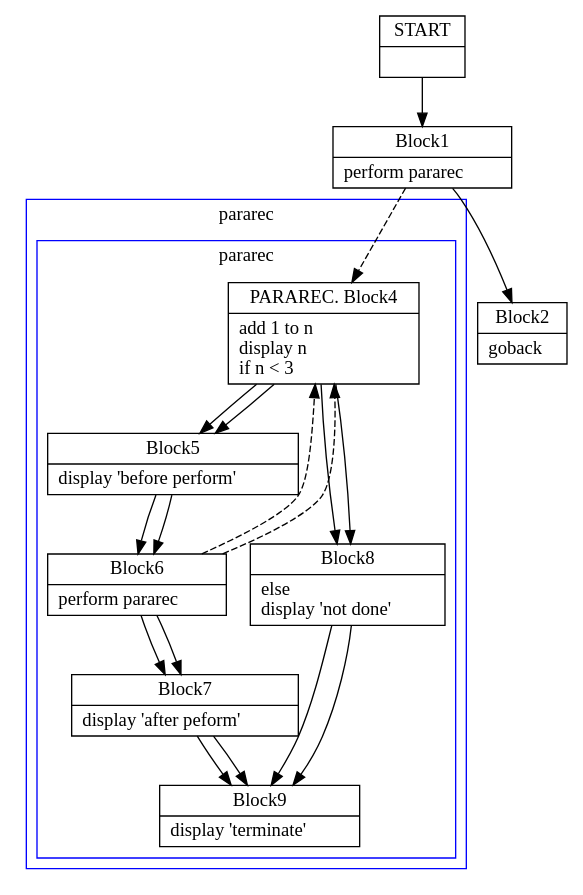
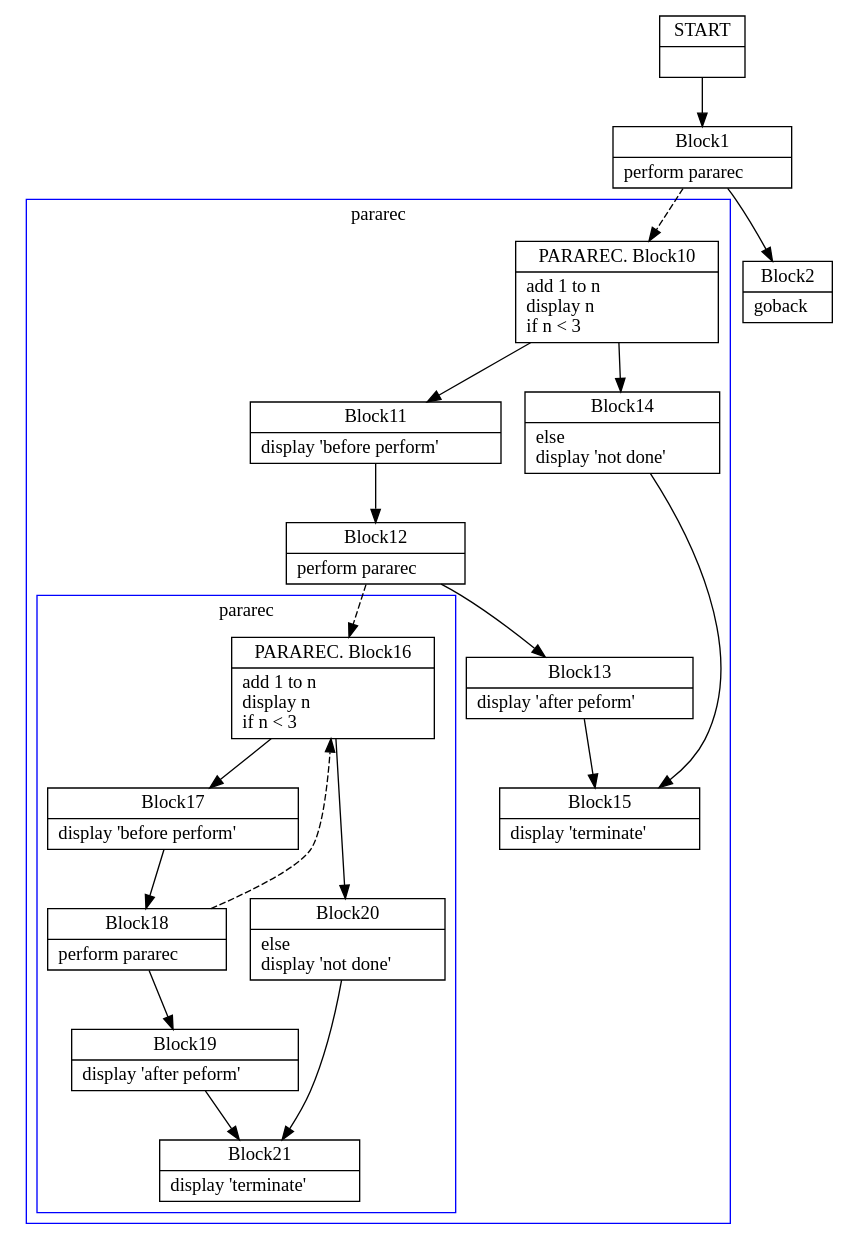
Before and after one commit to TypeCobolTeam/TypeCobol: the diagram in TypeCobol.Analysis.Test/BasicCfgInstrs/PerformProcRecursive0.dot, drawn with Graphviz.

Commit message:
WI #1267 Force block cloning in all PERFORM groups

```diff
--- a/TypeCobol.Analysis.Test/BasicCfgInstrs/PerformProcRecursive0.dot
+++ b/TypeCobol.Analysis.Test/BasicCfgInstrs/PerformProcRecursive0.dot
@@ -1,86 +1,86 @@
 digraph Cfg {
 compound=true;
 node [
 shape = "record"
 ]
 
 edge [
 arrowtail = "empty"
 ]
 Block0 [
 label = "{START|}"
 ]
 Block1 [
 label = "{Block1|    perform pararec\l}"
 ]
 subgraph cluster_1{
 color = blue;
 label = "pararec";
-Block4 [
-label = "{PARAREC. Block4|    add 1 to n\l    display n\l    if n \< 3\l}"
+Block10 [
+label = "{PARAREC. Block10|    add 1 to n\l    display n\l    if n \< 3\l}"
 ]
-Block5 [
-label = "{Block5|       display 'before perform'\l}"
+Block11 [
+label = "{Block11|       display 'before perform'\l}"
 ]
-Block6 [
-label = "{Block6|       perform pararec\l}"
+Block12 [
+label = "{Block12|       perform pararec\l}"
 ]
 subgraph cluster_2{
 color = blue;
 label = "pararec";
-Block4 [
-label = "{PARAREC. Block4|    add 1 to n\l    display n\l    if n \< 3\l}"
+Block16 [
+label = "{PARAREC. Block16|    add 1 to n\l    display n\l    if n \< 3\l}"
 ]
-Block5 [
-label = "{Block5|       display 'before perform'\l}"
+Block17 [
+label = "{Block17|       display 'before perform'\l}"
 ]
-Block6 [
-label = "{Block6|       perform pararec\l}"
+Block18 [
+label = "{Block18|       perform pararec\l}"
 ]
-Block6 -> Block4 [style=dashed]
+Block18 -> Block16 [style=dashed]
 
-Block7 [
-label = "{Block7|       display 'after peform'\l}"
+Block19 [
+label = "{Block19|       display 'after peform'\l}"
 ]
-Block9 [
-label = "{Block9|    display 'terminate'\l}"
+Block21 [
+label = "{Block21|    display 'terminate'\l}"
 ]
-Block8 [
-label = "{Block8|    else\l       display 'not done'\l}"
+Block20 [
+label = "{Block20|    else\l       display 'not done'\l}"
 ]
-Block4 -> Block5
-Block4 -> Block8
-Block5 -> Block6
-Block6 -> Block7
-Block7 -> Block9
-Block8 -> Block9
+Block16 -> Block17
+Block16 -> Block20
+Block17 -> Block18
+Block18 -> Block19
+Block19 -> Block21
+Block20 -> Block21
 
 }
-Block6 -> Block4 [style=dashed]
+Block12 -> Block16 [style=dashed]
 
-Block7 [
-label = "{Block7|       display 'after peform'\l}"
+Block13 [
+label = "{Block13|       display 'after peform'\l}"
 ]
-Block9 [
-label = "{Block9|    display 'terminate'\l}"
+Block15 [
+label = "{Block15|    display 'terminate'\l}"
 ]
-Block8 [
-label = "{Block8|    else\l       display 'not done'\l}"
+Block14 [
+label = "{Block14|    else\l       display 'not done'\l}"
 ]
-Block4 -> Block5
-Block4 -> Block8
-Block5 -> Block6
-Block6 -> Block7
-Block7 -> Block9
-Block8 -> Block9
+Block10 -> Block11
+Block10 -> Block14
+Block11 -> Block12
+Block12 -> Block13
+Block13 -> Block15
+Block14 -> Block15
 
 }
-Block1 -> Block4 [style=dashed]
+Block1 -> Block10 [style=dashed]
 
 Block2 [
 label = "{Block2|    goback\l}"
 ]
 Block0 -> Block1
 Block1 -> Block2
 
 }
```
